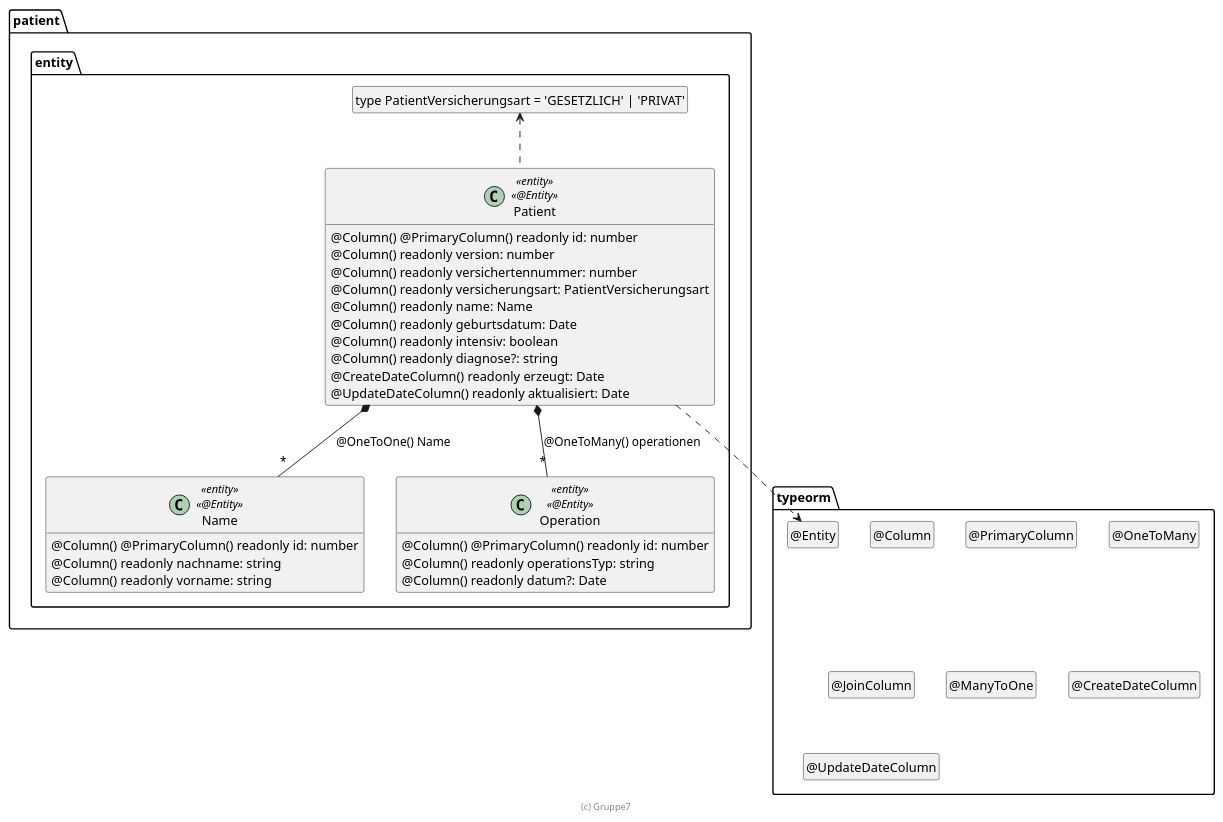
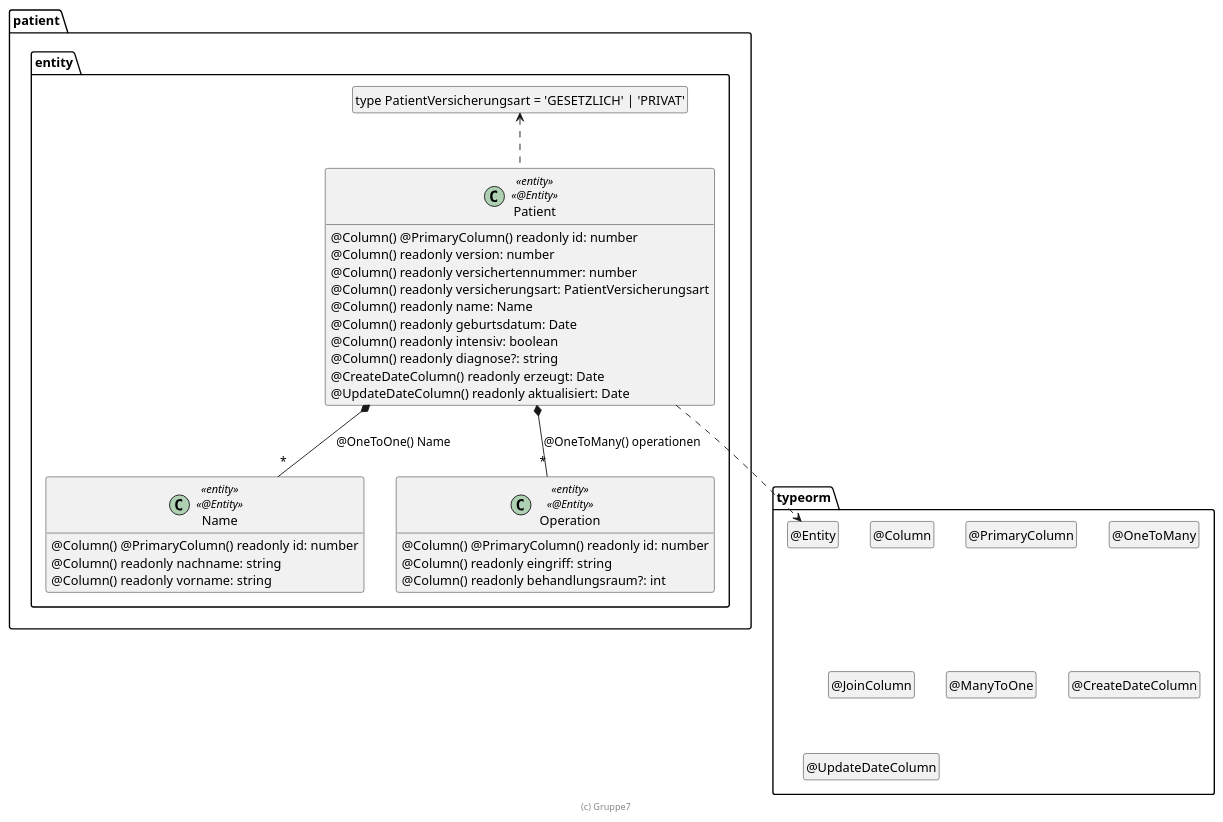
The diagram in .extras/doc/entwicklerhandbuch/Patient.plantuml (dithienphan/patient), drawn with PlantUML before and after one commit. The commit also changed 3 other files, not shown here.

```diff
--- a/.extras/doc/entwicklerhandbuch/Patient.plantuml
+++ b/.extras/doc/entwicklerhandbuch/Patient.plantuml
@@ -6,61 +6,61 @@
 @startuml Entity
 
 package typeorm {
   class "@Entity" as Entity
   hide Entity circle
   class "@Column" as Column
   hide Column circle
   class "@PrimaryColumn" as PrimaryColumn
   hide PrimaryColumn circle
   class "@OneToMany" as OneToMany
   hide OneToMany circle
   class "@JoinColumn" as JoinColumn
   hide JoinColumn circle
   class "@ManyToOne" as ManyToOne
   hide ManyToOne circle
   class "@CreateDateColumn" as CreateDateColumn
   hide CreateDateColumn circle
   class "@UpdateDateColumn" as UpdateDateColumn
   hide UpdateDateColumn circle
 }
 
 package patient.entity {
     class "type PatientVersicherungsart = 'GESETZLICH' | 'PRIVAT'" as PatientVersicherungsart
   hide PatientVersicherungsart circle
     
     class Patient <<entity>> <<@Entity>> {
         @Column() @PrimaryColumn() readonly id: number
         @Column() readonly version: number
         @Column() readonly versichertennummer: number
         @Column() readonly versicherungsart: PatientVersicherungsart
         @Column() readonly name: Name
         @Column() readonly geburtsdatum: Date
         @Column() readonly intensiv: boolean
         @Column() readonly diagnose?: string
         @CreateDateColumn() readonly erzeugt: Date
         @UpdateDateColumn() readonly aktualisiert: Date
     }
 
     class Name <<entity>> <<@Entity>> {
         @Column() @PrimaryColumn() readonly id: number
         @Column() readonly nachname: string
         @Column() readonly vorname: string
     }
 
     class Operation <<entity>> <<@Entity>> {
         @Column() @PrimaryColumn() readonly id: number
-        @Column() readonly operationsTyp: string
-        @Column() readonly datum?: Date
+        @Column() readonly eingriff: string
+        @Column() readonly behandlungsraum?: int
     }
 }
 
 Patient ..> Entity
 Patient *-- "*" Name : @OneToOne() Name
 Patient *-- "*" Operation : @OneToMany() operationen
 Patient .up.> PatientVersicherungsart
 
 hide empty members
 
 footer (c) Gruppe7
 
 @enduml
```
